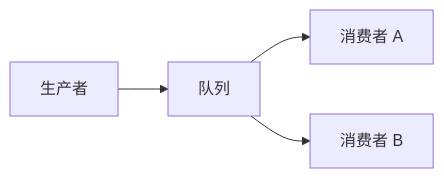
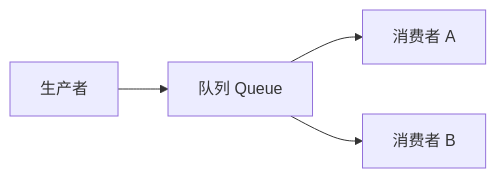
Before and after one commit to crashingby/homepage: the ninth of 11 diagrams in src/content/blog/Software-Construction/Chap07.md, drawn with Mermaid. The commit also changed other lines of this file and 6 other files, not shown here.

````diff
--- a/src/content/blog/Software-Construction/Chap07.md
+++ b/src/content/blog/Software-Construction/Chap07.md
@@ -525,6 +430,6 @@
 ```mermaid
 flowchart LR
-  P["生产者"] --> Q["队列"]
+  P1["生产者"] --> Q["队列 Queue"]
   Q --> C1["消费者 A"]
   Q --> C2["消费者 B"]
 ```
````
